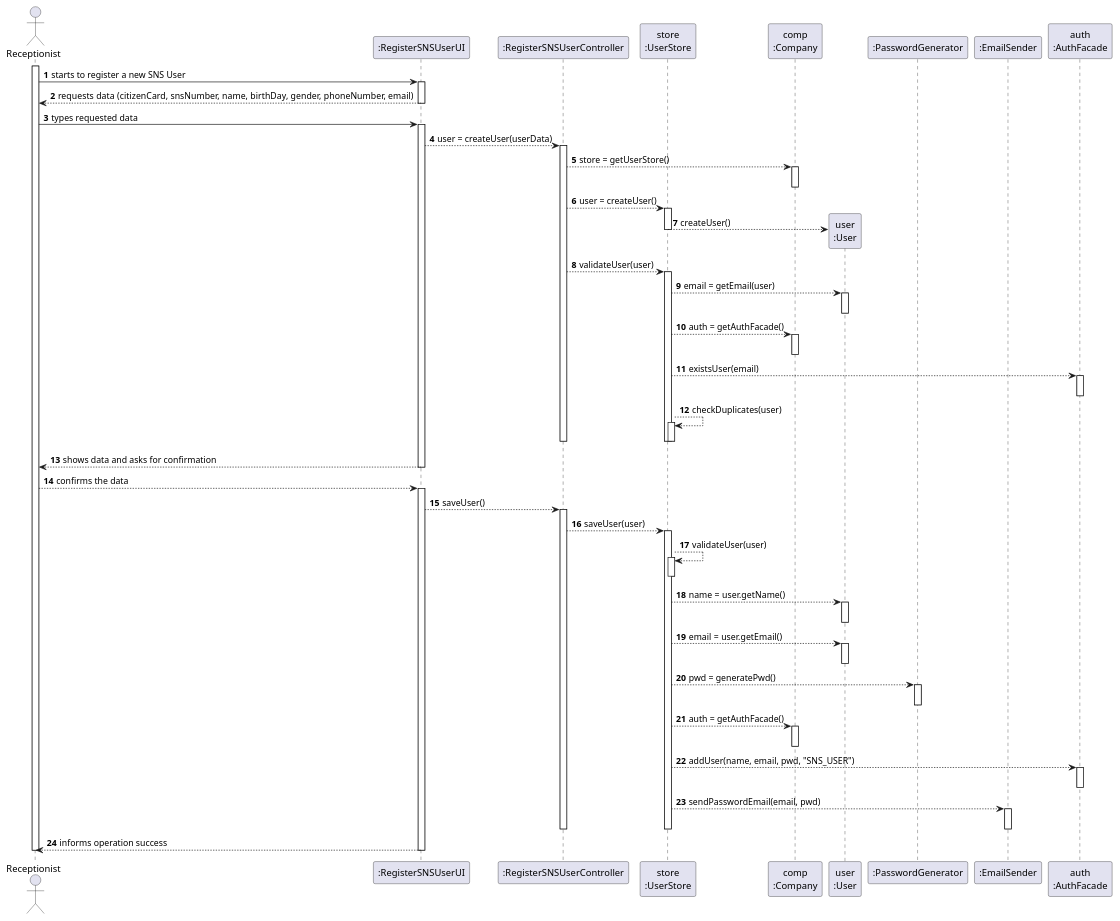
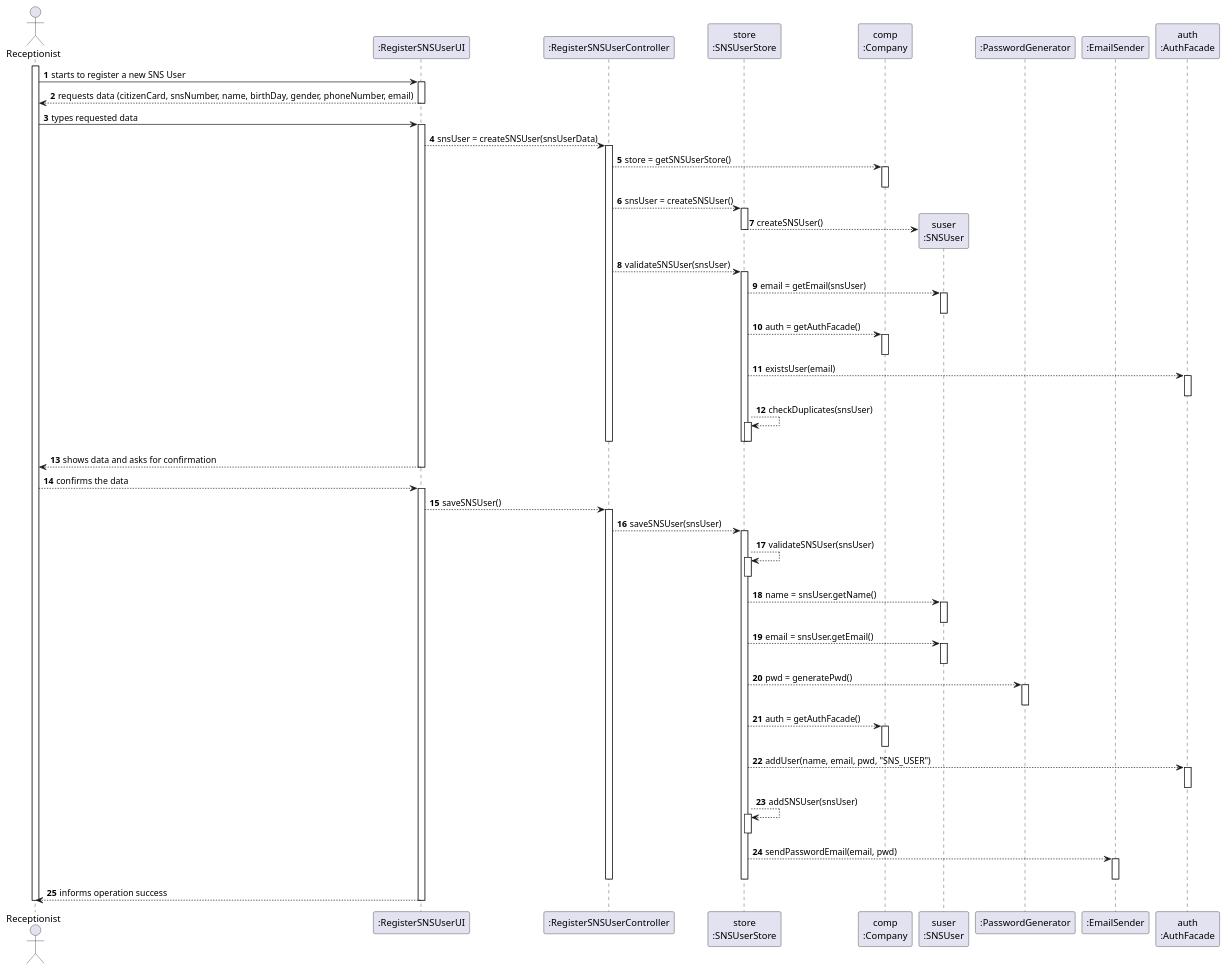
One commit to miseEnPlace-i/lapr2 changed the diagram in docs/SprintB/US03/SD/US03_SD.puml. Above: the diagram before and after it, drawn with PlantUML. The commit also changed 2 other files, not shown here.

```diff
--- a/docs/SprintB/US03/SD/US03_SD.puml
+++ b/docs/SprintB/US03/SD/US03_SD.puml
@@ -1,110 +1,113 @@
 @startuml Sequence Diagram
 autonumber
 'hide footbox
 actor "Receptionist" as RECEPT
 
 participant ":RegisterSNSUserUI" as UI
 participant ":RegisterSNSUserController" as CTRL
-participant "store\n:UserStore" as STORE
+participant "store\n:SNSUserStore" as STORE
 participant "comp\n:Company" as COMP
-participant "user\n:User" as USER
+participant "suser\n:SNSUser" as SUSER
 participant ":PasswordGenerator" as PWDGEN
 participant ":EmailSender" as EMAIL
 participant "auth\n:AuthFacade" as AUTH
-' participant "lstSnsU\n:List<SNSUser>" as LIST
 
 activate RECEPT
 RECEPT -> UI : starts to register a new SNS User
 activate UI
 UI --> RECEPT : requests data (citizenCard, snsNumber, name, birthDay, gender, phoneNumber, email)
 deactivate UI
 
 RECEPT -> UI : types requested data
 activate UI
 
-UI --> CTRL : user = createUser(userData)
+UI --> CTRL : snsUser = createSNSUser(snsUserData)
 activate CTRL
 
-CTRL --> COMP : store = getUserStore()
+CTRL --> COMP : store = getSNSUserStore()
 activate COMP
 deactivate COMP
 
-CTRL --> STORE : user = createUser()
+CTRL --> STORE : snsUser = createSNSUser()
 activate STORE
 
-STORE --> USER** : createUser()
+STORE --> SUSER** : createSNSUser()
 
 deactivate STORE
 
-CTRL --> STORE : validateUser(user)
+CTRL --> STORE : validateSNSUser(snsUser)
 activate STORE
 
-STORE --> USER : email = getEmail(user)
-activate USER
-deactivate USER
+STORE --> SUSER : email = getEmail(snsUser)
+activate SUSER
+deactivate SUSER
 
 STORE --> COMP : auth = getAuthFacade()
 activate COMP
 deactivate COMP
 
 STORE --> AUTH : existsUser(email)
 activate AUTH
 deactivate AUTH
 
-STORE --> STORE : checkDuplicates(user)
+STORE --> STORE : checkDuplicates(snsUser)
 activate STORE
 deactivate STORE
 
 deactivate STORE
 deactivate CTRL
 
 UI --> RECEPT : shows data and asks for confirmation
 deactivate UI
 
 
 RECEPT --> UI : confirms the data
 activate UI
 
-UI --> CTRL : saveUser()
+UI --> CTRL : saveSNSUser()
 activate CTRL
 
-CTRL --> STORE : saveUser(user)
+CTRL --> STORE : saveSNSUser(snsUser)
 activate STORE
 
-STORE --> STORE : validateUser(user)
+STORE --> STORE : validateSNSUser(snsUser)
 activate STORE
 deactivate STORE
 
-STORE --> USER : name = user.getName()
-activate USER
-deactivate USER
+STORE --> SUSER : name = snsUser.getName()
+activate SUSER
+deactivate SUSER
 
-STORE --> USER : email = user.getEmail()
-activate USER
-deactivate USER
+STORE --> SUSER : email = snsUser.getEmail()
+activate SUSER
+deactivate SUSER
 
 STORE --> PWDGEN : pwd = generatePwd()
 activate PWDGEN
 deactivate PWDGEN
 
 STORE --> COMP : auth = getAuthFacade()
 activate COMP
 deactivate COMP
 
 STORE --> AUTH : addUser(name, email, pwd, "SNS_USER")
 activate AUTH
 deactivate AUTH
+
+STORE --> STORE : addSNSUser(snsUser)
+activate STORE
+deactivate STORE
 
 STORE --> EMAIL : sendPasswordEmail(email, pwd)
 activate EMAIL
 deactivate EMAIL
 
 deactivate STORE
 deactivate CTRL
 
 UI --> RECEPT : informs operation success
 deactivate UI
 
 deactivate RECEPT
 
 @enduml
```
